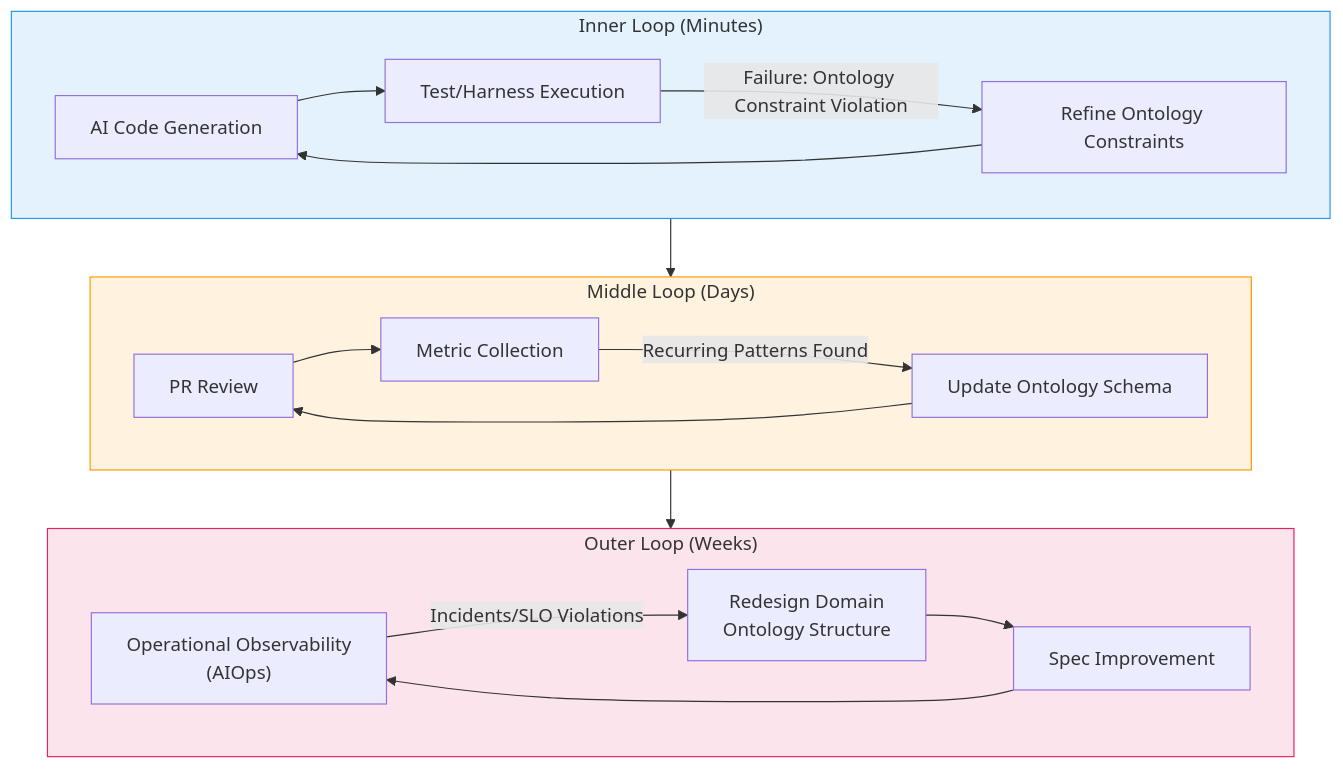
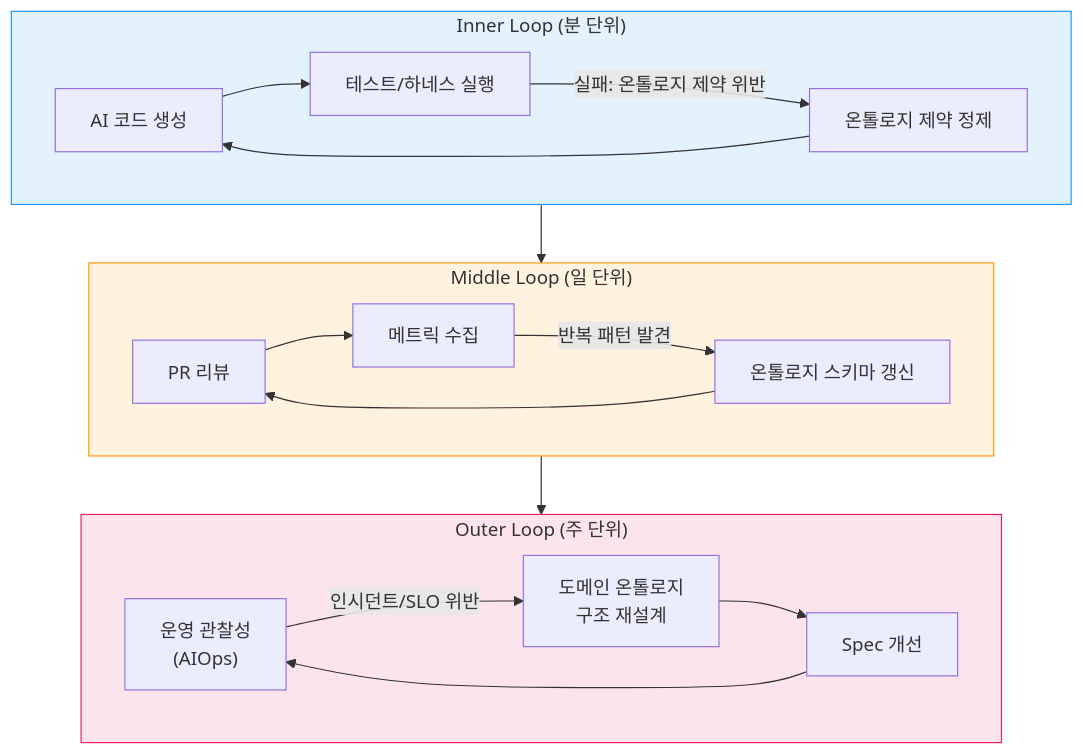
The fourth of 8 diagrams in i18n/en/docusaurus-plugin-content-docs/current/aidlc/aidlc-framework.md (devfloor9/engineering-playbook), drawn with Mermaid before and after one commit. The commit also changed other lines of this file and 95 other files, not shown here.

````diff
--- a/i18n/en/docusaurus-plugin-content-docs/current/aidlc/aidlc-framework.md
+++ b/i18n/en/docusaurus-plugin-content-docs/current/aidlc/aidlc-framework.md
@@ -495,27 +481,27 @@
 ```mermaid
 graph TD
-    subgraph Inner["Inner Loop (Minutes)"]
-        GEN["AI Code Generation"] --> TEST["Test/Harness Execution"]
-        TEST -->|"Failure: Ontology Constraint Violation"| REFINE["Refine Ontology Constraints"]
-        REFINE --> GEN
-    end
+ subgraph Inner["Inner Loop (분 단위)"]
+ GEN["AI 코드 생성"] --> TEST["테스트/하네스 실행"]
+ TEST -->|"실패: 온톨로지 제약 위반"| REFINE["온톨로지 제약 정제"]
+ REFINE --> GEN
+ end
 
-    subgraph Middle["Middle Loop (Days)"]
-        PR["PR Review"] --> METRIC["Metric Collection"]
-        METRIC -->|"Recurring Patterns Found"| SCHEMA["Update Ontology Schema"]
-        SCHEMA --> PR
-    end
+ subgraph Middle["Middle Loop (일 단위)"]
+ PR["PR 리뷰"] --> METRIC["메트릭 수집"]
+ METRIC -->|"반복 패턴 발견"| SCHEMA["온톨로지 스키마 갱신"]
+ SCHEMA --> PR
+ end
 
-    subgraph Outer["Outer Loop (Weeks)"]
-        OBS["Operational Observability<br/>(AIOps)"] -->|"Incidents/SLO Violations"| REDESIGN["Redesign Domain<br/>Ontology Structure"]
-        REDESIGN --> SPEC["Spec Improvement"]
-        SPEC --> OBS
-    end
+ subgraph Outer["Outer Loop (주 단위)"]
+ OBS["운영 관찰성<br/>(AIOps)"] -->|"인시던트/SLO 위반"| REDESIGN["도메인 온톨로지<br/>구조 재설계"]
+ REDESIGN --> SPEC["Spec 개선"]
+ SPEC --> OBS
+ end
 
-    Inner --> Middle
-    Middle --> Outer
+ Inner --> Middle
+ Middle --> Outer
 
-    style Inner fill:#e3f2fd,stroke:#2196f3
-    style Middle fill:#fff3e0,stroke:#ff9800
-    style Outer fill:#fce4ec,stroke:#e91e63
+ style Inner fill:#e3f2fd,stroke:#2196f3
+ style Middle fill:#fff3e0,stroke:#ff9800
+ style Outer fill:#fce4ec,stroke:#e91e63
 ```
````
